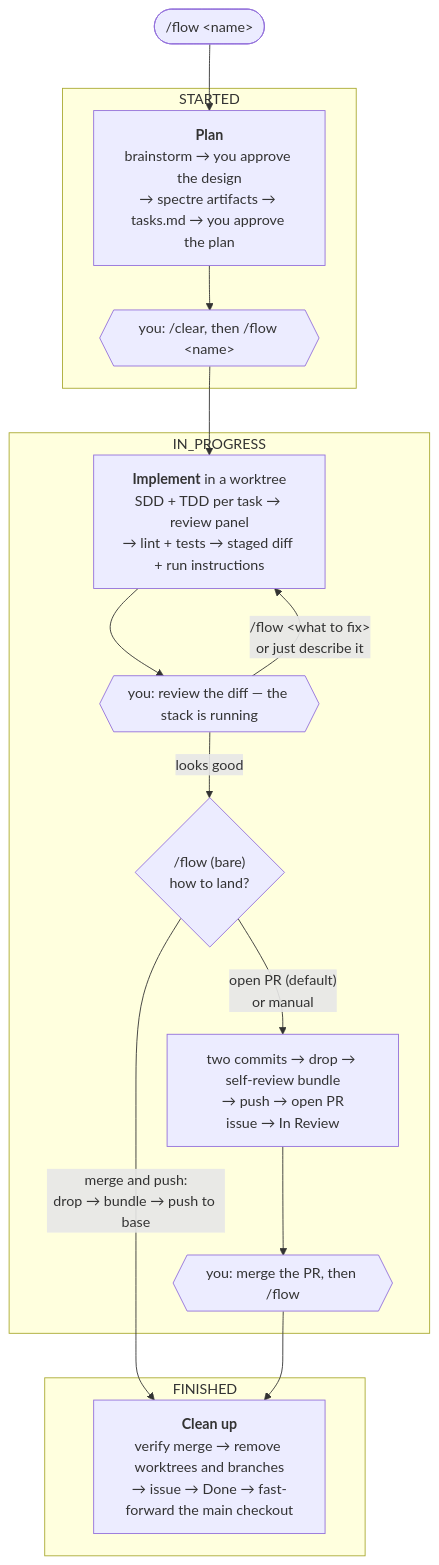
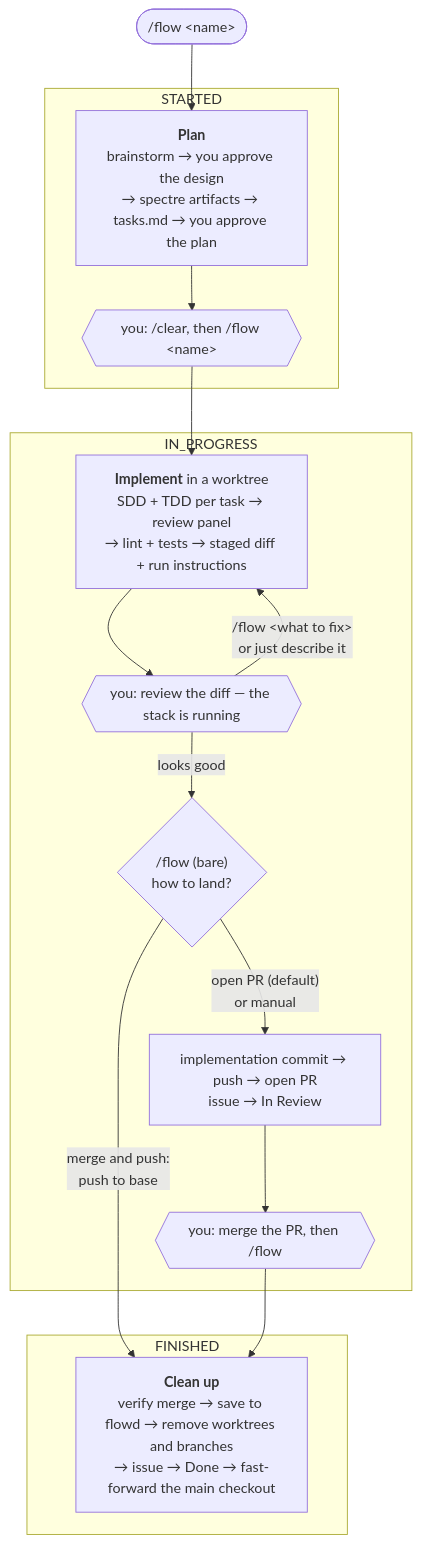
Before and after one commit to tweety53/agents: the diagram in README.md, drawn with Mermaid. The commit also changed other lines of this file and 482 other files, not shown here.

First line of the commit message:
feat(flow): keep the change directory out of git and save its files to flowd

````diff
--- a/README.md
+++ b/README.md
@@ -64,32 +64,32 @@
 ```mermaid
 flowchart TD
     kick(["/flow #lt;name#gt;"]) --> plan
 
     subgraph S1 ["STARTED"]
         plan["<b>Plan</b><br/>brainstorm → you approve the design<br/>→ spectre artifacts → tasks.md → you approve the plan"]
         g1{{"you: /clear, then /flow #lt;name#gt;"}}
         plan --> g1
     end
 
     g1 --> impl
 
     subgraph S2 ["IN_PROGRESS"]
         impl["<b>Implement</b> in a worktree<br/>SDD + TDD per task → review panel<br/>→ lint + tests → staged diff + run instructions"]
         g2{{"you: review the diff — the stack is running"}}
         land{"/flow (bare)<br/>how to land?"}
-        pr["two commits → drop → self-review bundle<br/>→ push → open PR<br/>issue → In Review"]
+        pr["implementation commit → push → open PR<br/>issue → In Review"]
         g3{{"you: merge the PR, then /flow"}}
         impl --> g2
         g2 -- "/flow #lt;what to fix#gt;<br/>or just describe it" --> impl
         g2 -- "looks good" --> land
         land -- "open PR (default)<br/>or manual" --> pr
         pr --> g3
     end
 
     subgraph S3 ["FINISHED"]
-        cleanup["<b>Clean up</b><br/>verify merge → remove worktrees and branches<br/>→ issue → Done → fast-forward the main checkout"]
+        cleanup["<b>Clean up</b><br/>verify merge → save to flowd → remove worktrees and branches<br/>→ issue → Done → fast-forward the main checkout"]
     end
 
-    land -- "merge and push:<br/>drop → bundle → push to base" --> cleanup
+    land -- "merge and push:<br/>push to base" --> cleanup
     g3 --> cleanup
 ```
````
